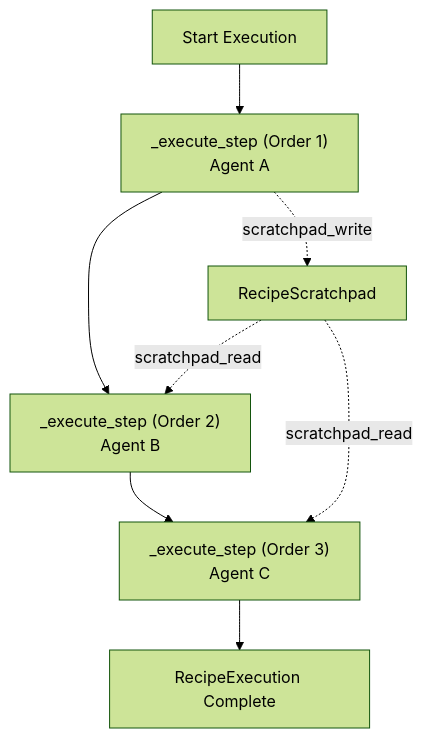
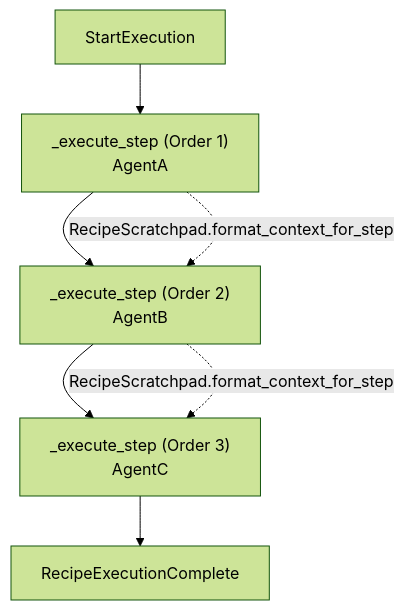
The first of 5 diagrams in docs/workflows-recipes/execution-configuration.md (AutomatosAI/automatos-ai), drawn with Mermaid (forest theme) before and after one commit. The commit also changed other lines of this file and 191 other files, not shown here.

````diff
--- a/docs/workflows-recipes/execution-configuration.md
+++ b/docs/workflows-recipes/execution-configuration.md
@@ -50,11 +79,10 @@
 ```mermaid
 graph TB
-    Start["Start Execution"] --> Step1["_execute_step (Order 1)<br/>Agent A"]
-    Step1 --> Step2["_execute_step (Order 2)<br/>Agent B"]
-    Step2 --> Step3["_execute_step (Order 3)<br/>Agent C"]
-    Step3 --> End["RecipeExecution Complete"]
+    Start["StartExecution"] --> Step1["_execute_step (Order 1)<br/>AgentA"]
+    Step1 --> Step2["_execute_step (Order 2)<br/>AgentB"]
+    Step2 --> Step3["_execute_step (Order 3)<br/>AgentC"]
+    Step3 --> End["RecipeExecutionComplete"]
     
-    Step1 -.->|"scratchpad_write"| Scratchpad["RecipeScratchpad"]
-    Scratchpad -.->|"scratchpad_read"| Step2
-    Scratchpad -.->|"scratchpad_read"| Step3
+    Step1 -.->|"RecipeScratchpad.format_context_for_step"| Step2
+    Step2 -.->|"RecipeScratchpad.format_context_for_step"| Step3
 ```
````
